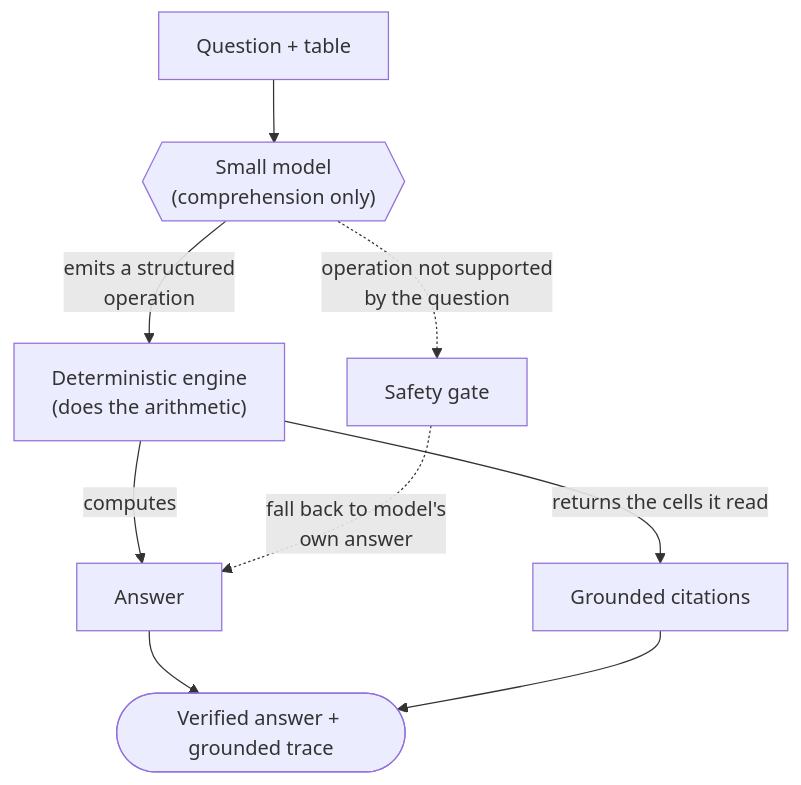
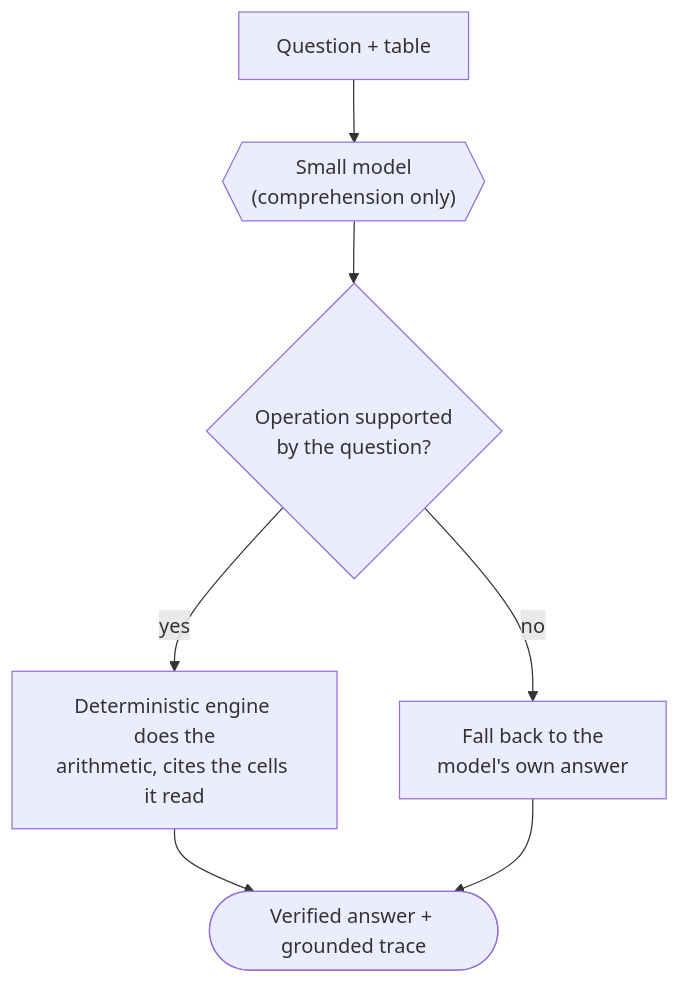
The diagram in README.md (AmandineFlachs/grounded-table-sft), drawn with Mermaid before and after one commit.

Commit message:
docs: simplify How-it-works flowchart to a clean decision-diamond
Restructure the vertical flowchart around a single "operation supported?"
decision that splits into two branches (engine vs fall back) and merges
straight into the output. Removes the crossing edges from the previous
layout for a cleaner, aligned look. Still the default Mermaid theme
(transparent, adapts to light/dark mode).

````diff
--- a/README.md
+++ b/README.md
@@ -33,11 +33,9 @@
 ```mermaid
 flowchart TB
     Q["Question + table"] --> M{{"Small model<br/>(comprehension only)"}}
-    M -->|"emits a structured<br/>operation"| E["Deterministic engine<br/>(does the arithmetic)"]
-    E -->|"computes"| A["Answer"]
-    E -->|"returns the cells it read"| G["Grounded citations"]
-    M -.->|"operation not supported<br/>by the question"| GATE["Safety gate"]
-    GATE -.->|"fall back to model's<br/>own answer"| A
-    A --> OUT(["Verified answer + grounded trace"])
-    G --> OUT
+    M --> D{"Operation supported<br/>by the question?"}
+    D -->|"yes"| E["Deterministic engine does the<br/>arithmetic, cites the cells it read"]
+    D -->|"no"| F["Fall back to the<br/>model's own answer"]
+    E --> OUT(["Verified answer + grounded trace"])
+    F --> OUT
 ```
````
